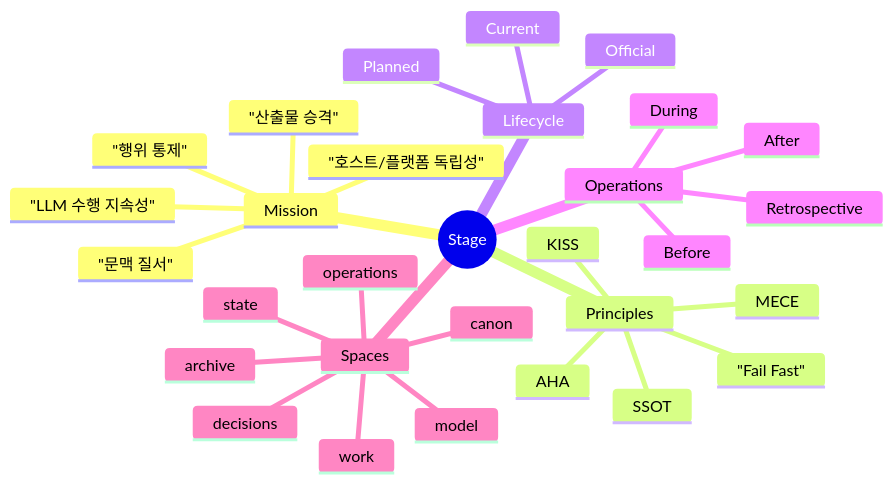
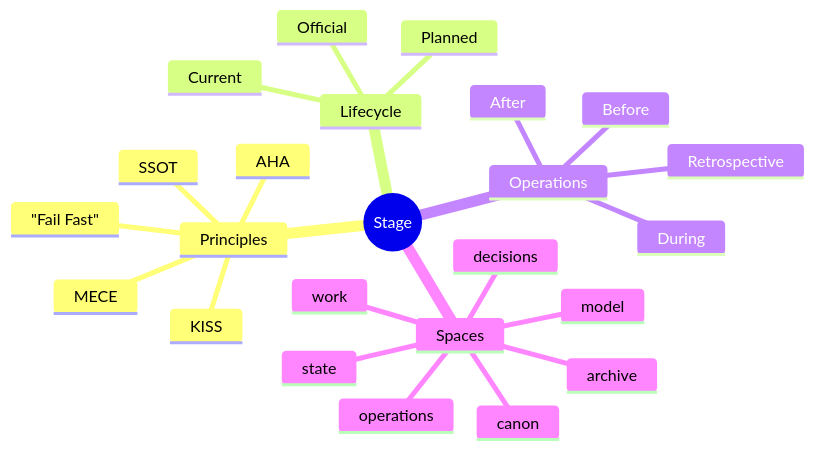
One commit to noory-code/noory-ai changed the first of 16 diagrams in stage/docs/BLUEPRINT.md. Above: the diagram before and after it, drawn with Mermaid. The commit also changed other lines of this file and 8 other files, not shown here.

````diff
--- a/stage/docs/BLUEPRINT.md
+++ b/stage/docs/BLUEPRINT.md
@@ -7,33 +8,27 @@
 ```mermaid
 mindmap
   root((Stage))
-    Mission
-      "LLM 수행 지속성"
-      "문맥 질서"
-      "행위 통제"
-      "산출물 승격"
-      "호스트/플랫폼 독립성"
     Principles
       SSOT
       MECE
       "Fail Fast"
       AHA
       KISS
     Lifecycle
       Official
       Current
       Planned
     Operations
       Before
       During
       After
       Retrospective
     Spaces
       canon
       model
       decisions
       archive
       work
       state
       operations
 ```
````
